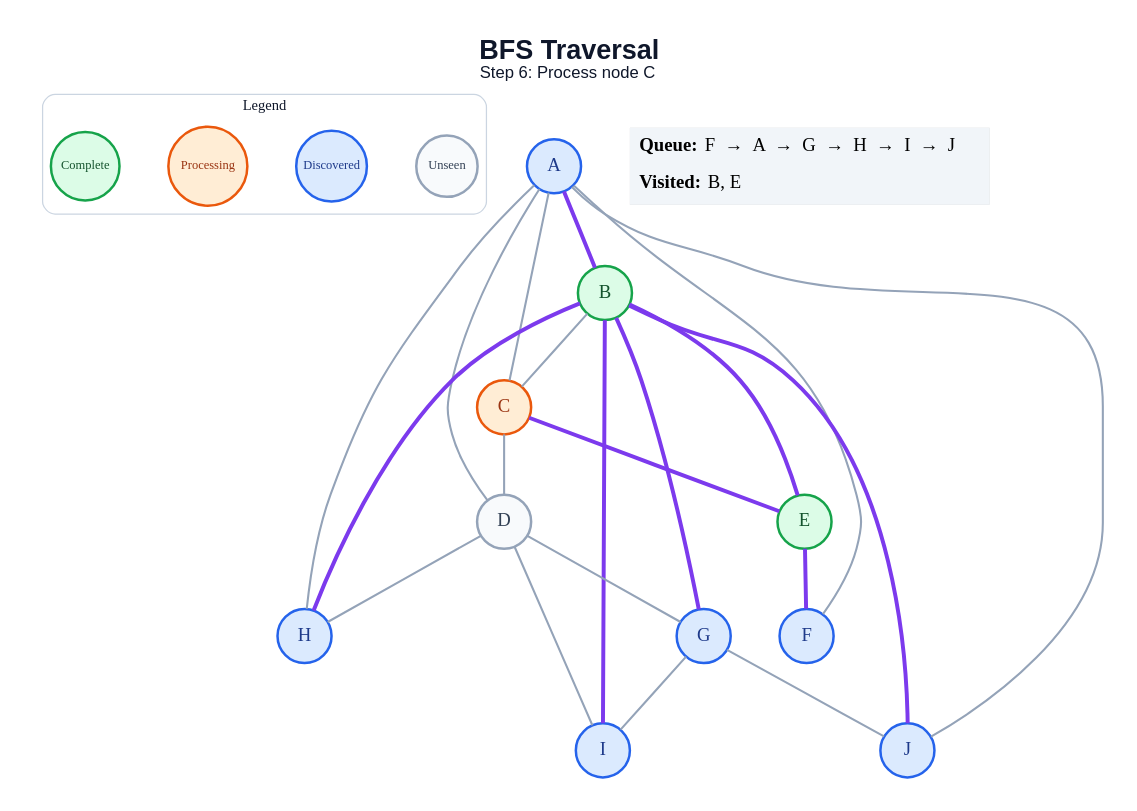
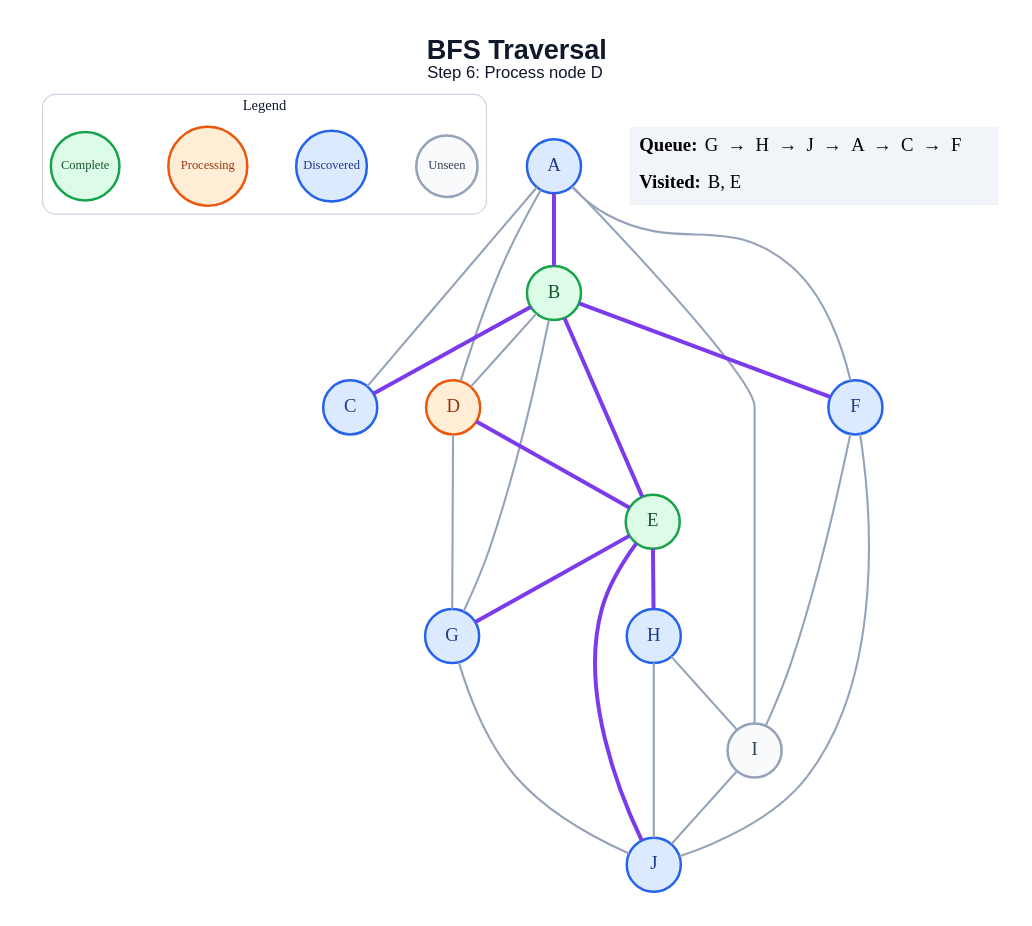
The diagram in generated/specific-node/bfs/step_06.dot (amanghodawala9/ai-slop), drawn with Graphviz before and after one commit. The commit also changed 178 other files, not shown here.

```diff
--- a/generated/specific-node/bfs/step_06.dot
+++ b/generated/specific-node/bfs/step_06.dot
@@ -1,49 +1,50 @@
 graph traversal {
   graph [layout=dot, rankdir=TB, bgcolor="#FFFFFF", pad="0.35", nodesep="0.65", ranksep="0.8", fontname="Arial"];
   node [shape=circle, style="filled", fontname="Arial Bold", fontsize=18, width=0.72, fixedsize=true, penwidth=2.4];
   edge [color="#94A3B8", penwidth=2.0];
-  label=<<B>BFS Traversal</B><BR/><FONT POINT-SIZE="16">Step 6: Process node C</FONT>>; labelloc="t"; fontsize=26; fontname="Arial"; fontcolor="#0F172A";
+  label=<<B>BFS Traversal</B><BR/><FONT POINT-SIZE="16">Step 6: Process node D</FONT>>; labelloc="t"; fontsize=26; fontname="Arial"; fontcolor="#0F172A";
   subgraph cluster_legend { label="Legend"; color="#CBD5E1"; penwidth=1.2; style="rounded"; fontsize=14; fontname="Arial Bold";
     key_unseen [label="Unseen", fillcolor="#F8FAFC", color="#94A3B8", fontcolor="#334155", fontsize=12, width=0.82];
     key_frontier [label="Discovered", fillcolor="#DBEAFE", color="#2563EB", fontcolor="#1E3A8A", fontsize=12, width=0.95];
     key_current [label="Processing", fillcolor="#FFEDD5", color="#EA580C", fontcolor="#9A3412", fontsize=12, width=1.05];
     key_done [label="Complete", fillcolor="#DCFCE7", color="#16A34A", fontcolor="#14532D", fontsize=12, width=0.92];
     { rank=same; key_unseen; key_frontier; key_current; key_done; }
   }
   A [fillcolor="#DBEAFE", color="#2563EB", fontcolor="#1E3A8A"];
   B [fillcolor="#DCFCE7", color="#16A34A", fontcolor="#14532D"];
-  C [fillcolor="#FFEDD5", color="#EA580C", fontcolor="#9A3412"];
-  D [fillcolor="#F8FAFC", color="#94A3B8", fontcolor="#334155"];
+  C [fillcolor="#DBEAFE", color="#2563EB", fontcolor="#1E3A8A"];
+  D [fillcolor="#FFEDD5", color="#EA580C", fontcolor="#9A3412"];
   E [fillcolor="#DCFCE7", color="#16A34A", fontcolor="#14532D"];
   F [fillcolor="#DBEAFE", color="#2563EB", fontcolor="#1E3A8A"];
   G [fillcolor="#DBEAFE", color="#2563EB", fontcolor="#1E3A8A"];
   H [fillcolor="#DBEAFE", color="#2563EB", fontcolor="#1E3A8A"];
-  I [fillcolor="#DBEAFE", color="#2563EB", fontcolor="#1E3A8A"];
+  I [fillcolor="#F8FAFC", color="#94A3B8", fontcolor="#334155"];
   J [fillcolor="#DBEAFE", color="#2563EB", fontcolor="#1E3A8A"];
   A -- B [color="#7C3AED", penwidth=3.8];
   A -- C;
   A -- D;
   A -- F;
-  A -- H;
-  A -- J;
-  B -- C;
+  A -- I;
+  B -- C [color="#7C3AED", penwidth=3.8];
+  B -- D;
   B -- E [color="#7C3AED", penwidth=3.8];
-  B -- G [color="#7C3AED", penwidth=3.8];
-  B -- H [color="#7C3AED", penwidth=3.8];
-  B -- I [color="#7C3AED", penwidth=3.8];
-  B -- J [color="#7C3AED", penwidth=3.8];
-  C -- D;
-  C -- E [color="#7C3AED", penwidth=3.8];
+  B -- F [color="#7C3AED", penwidth=3.8];
+  B -- G;
+  D -- E [color="#7C3AED", penwidth=3.8];
   D -- G;
-  D -- H;
-  D -- I;
-  E -- F [color="#7C3AED", penwidth=3.8];
-  G -- I;
+  E -- G [color="#7C3AED", penwidth=3.8];
+  E -- H [color="#7C3AED", penwidth=3.8];
+  E -- J [color="#7C3AED", penwidth=3.8];
+  F -- I;
+  F -- J;
   G -- J;
+  H -- I;
+  H -- J;
+  I -- J;
   status [shape=plain, fixedsize=false, width=0, height=0, margin=0, label=<
     <TABLE BORDER="0" CELLBORDER="0" CELLPADDING="7" BGCOLOR="#F1F5F9">
-      <TR><TD ALIGN="LEFT"><B>Queue:</B> F  →  A  →  G  →  H  →  I  →  J</TD></TR>
+      <TR><TD ALIGN="LEFT"><B>Queue:</B> G  →  H  →  J  →  A  →  C  →  F</TD></TR>
       <TR><TD ALIGN="LEFT"><B>Visited:</B> B, E</TD></TR>
     </TABLE>
   >];
 }
```
